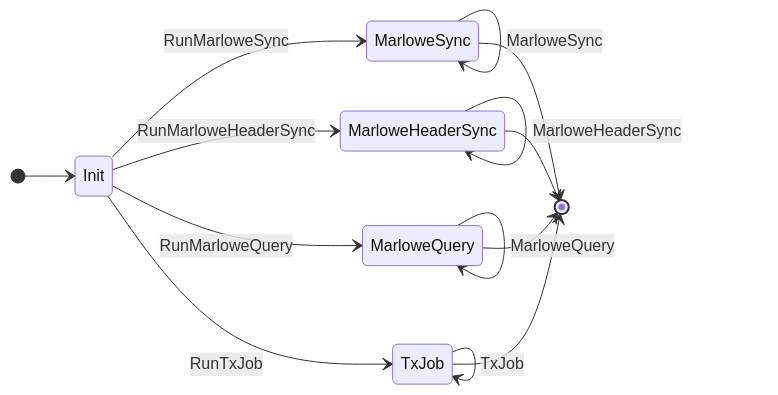
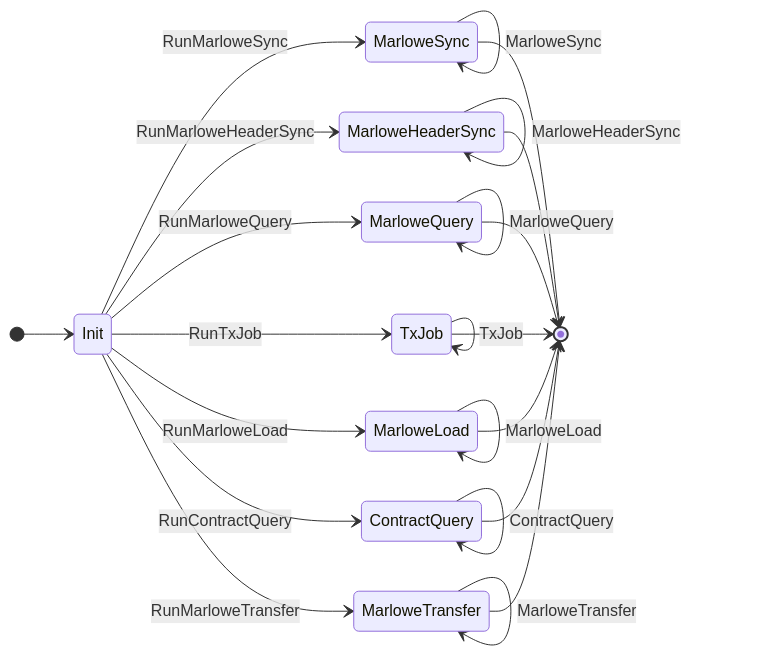
Before and after one commit to input-output-hk/marlowe-doc: the diagram in docs/developer-tools/runtime/runtime-protocol-reference/runtime-protocol-reference.md, drawn with Mermaid. The commit also changed other lines of this file and 17 other files, not shown here.

First line of the commit message:
PLT-6744 marlowe contract documentation (#156)

````diff
--- a/docs/developer-tools/runtime/runtime-protocol-reference/runtime-protocol-reference.md
+++ b/docs/developer-tools/runtime/runtime-protocol-reference/runtime-protocol-reference.md
@@ -47,22 +47,34 @@
 ```mermaid
 stateDiagram-v2
     direction LR
     state "Init" as init
     state "MarloweSync" as ms
     state "MarloweHeaderSync" as mhs
     state "MarloweQuery" as mq
     state "TxJob" as tj
+    state "MarloweLoad" as ml
+    state "ContractQuery" as cq
+    state "MarloweTransfer" as mt
     [*] --> init
     init --> ms: RunMarloweSync
     init --> mhs: RunMarloweHeaderSync
     init --> mq: RunMarloweQuery
     init --> tj: RunTxJob
+    init --> ml: RunMarloweLoad
+    init --> cq: RunContractQuery
+    init --> mt: RunMarloweTransfer
     ms --> ms: MarloweSync
     mhs --> mhs: MarloweHeaderSync
     mq --> mq: MarloweQuery
     tj --> tj: TxJob
+    ml --> ml: MarloweLoad
+    cq --> cq: ContractQuery
+    mt --> mt: MarloweTransfer
     ms --> [*]
     mhs --> [*]
     mq --> [*]
     tj --> [*]
+    ml --> [*]
+    cq --> [*]
+    mt --> [*]
 ```
````
